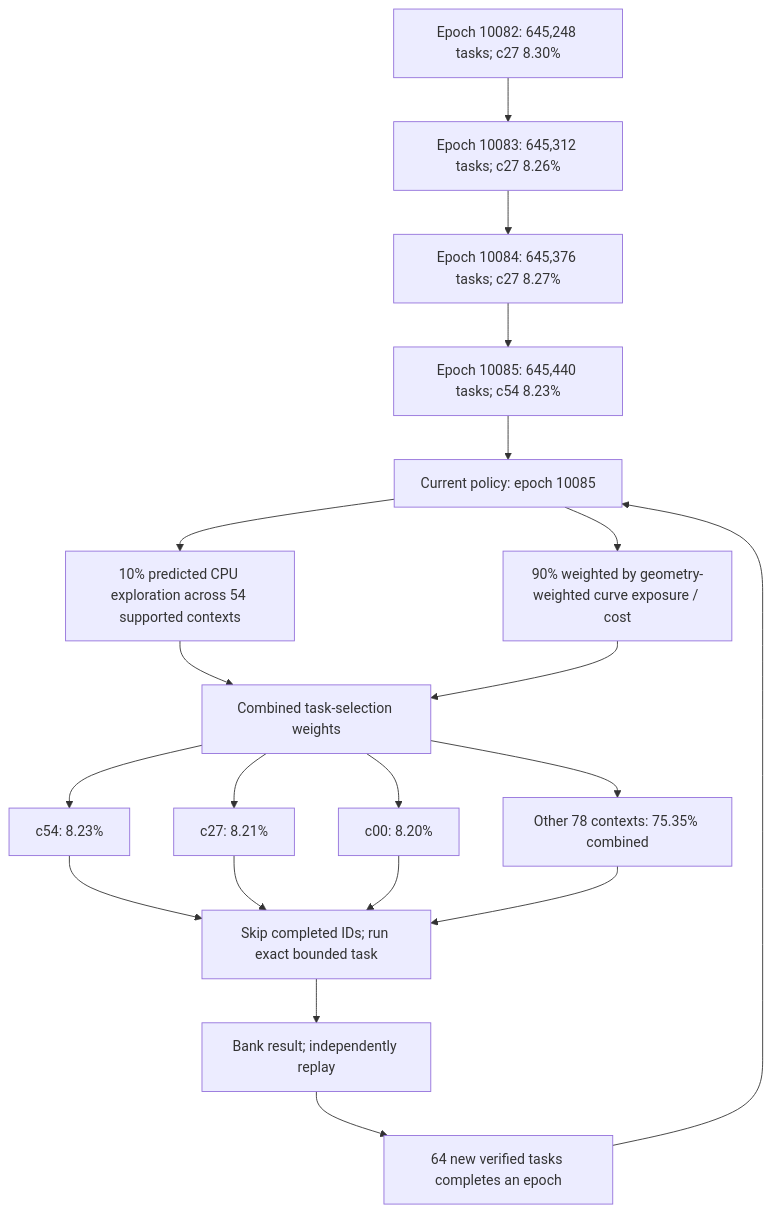
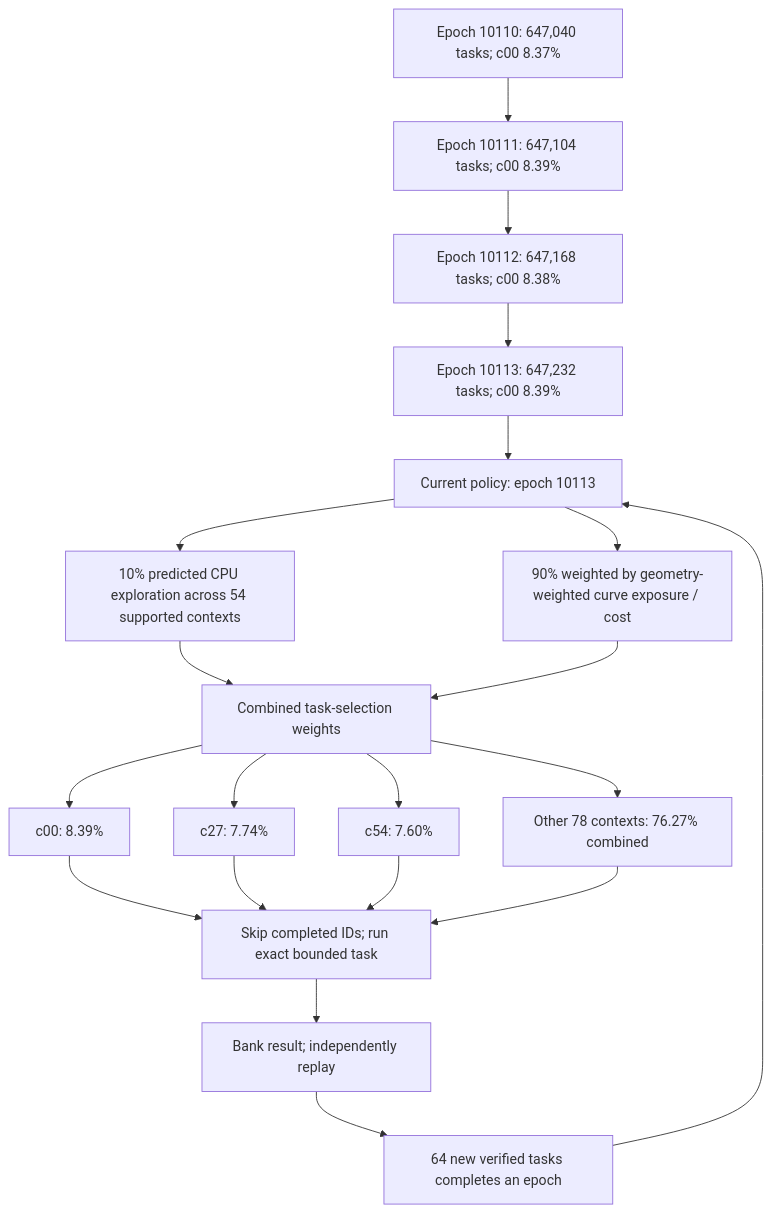
One commit to Kuberwastaken/math-gambling changed the first of 4 diagrams in README.md. Above: the diagram before and after it, drawn with Mermaid. The commit also changed other lines of this file and 3758 other files, not shown here.

````diff
--- a/README.md
+++ b/README.md
@@ -60,27 +60,27 @@
 ```mermaid
 flowchart TD
-    H0["Epoch 10082: 645,248 tasks; c27 8.30%"]
-    H1["Epoch 10083: 645,312 tasks; c27 8.26%"]
+    H0["Epoch 10110: 647,040 tasks; c00 8.37%"]
+    H1["Epoch 10111: 647,104 tasks; c00 8.39%"]
     H0 --> H1
-    H2["Epoch 10084: 645,376 tasks; c27 8.27%"]
+    H2["Epoch 10112: 647,168 tasks; c00 8.38%"]
     H1 --> H2
-    H3["Epoch 10085: 645,440 tasks; c54 8.23%"]
+    H3["Epoch 10113: 647,232 tasks; c00 8.39%"]
     H2 --> H3
-    Policy["Current policy: epoch 10085"]
+    Policy["Current policy: epoch 10113"]
     H3 --> Policy
     Policy --> Explore["10% predicted CPU exploration across 54 supported contexts"]
     Policy --> Cost["90% weighted by geometry-weighted curve exposure / cost"]
     Explore --> Mix["Combined task-selection weights"]
     Cost --> Mix
-    Mix --> C0["c54: 8.23%"]
-    Mix --> C1["c27: 8.21%"]
-    Mix --> C2["c00: 8.20%"]
-    Mix --> Rest["Other 78 contexts: 75.35% combined"]
+    Mix --> C0["c00: 8.39%"]
+    Mix --> C1["c27: 7.74%"]
+    Mix --> C2["c54: 7.60%"]
+    Mix --> Rest["Other 78 contexts: 76.27% combined"]
     C0 --> Check["Skip completed IDs; run exact bounded task"]
     C1 --> Check
     C2 --> Check
     Rest --> Check
     Check --> Replay["Bank result; independently replay"]
     Replay --> Gate["64 new verified tasks completes an epoch"]
     Gate --> Policy
 ```
````
